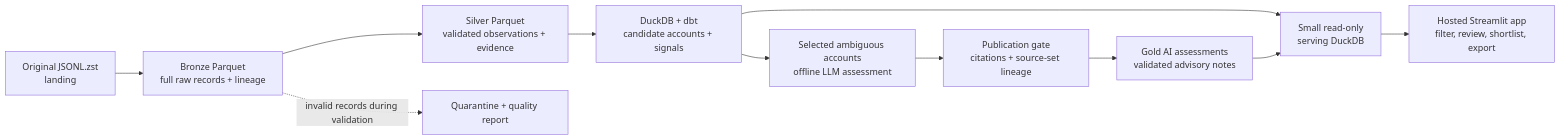
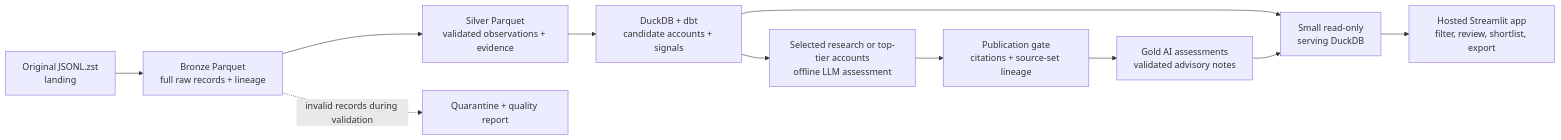
One commit to ronyabrah18/welook changed the diagram in docs/architecture.md. Above: the diagram before and after it, drawn with Mermaid. The commit also changed other lines of this file and 5 other files, not shown here.

Commit message:
Prepare reviewed AI briefs for top-priority accounts

````diff
--- a/docs/architecture.md
+++ b/docs/architecture.md
@@ -15,13 +15,13 @@
 ```mermaid
 flowchart LR
   L[Original JSONL.zst<br/>landing] --> B[Bronze Parquet<br/>full raw records + lineage]
   B --> S[Silver Parquet<br/>validated observations + evidence]
   S --> G[DuckDB + dbt<br/>candidate accounts + signals]
-  G --> A[Selected ambiguous accounts<br/>offline LLM assessment]
+  G --> A[Selected research or top-tier accounts<br/>offline LLM assessment]
   A --> P[Publication gate<br/>citations + source-set lineage]
   P --> AG[Gold AI assessments<br/>validated advisory notes]
   G --> D[Small read-only<br/>serving DuckDB]
   AG --> D
   D --> U[Hosted Streamlit app<br/>filter, review, shortlist, export]
   B -. invalid records during validation .-> Q[Quarantine + quality report]
 ```
````
